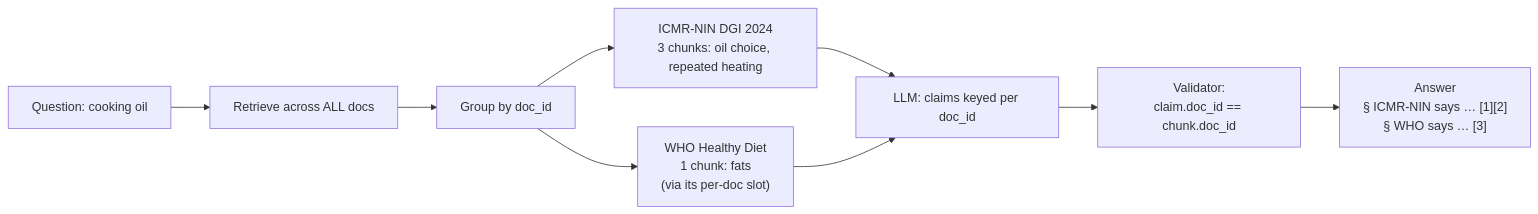
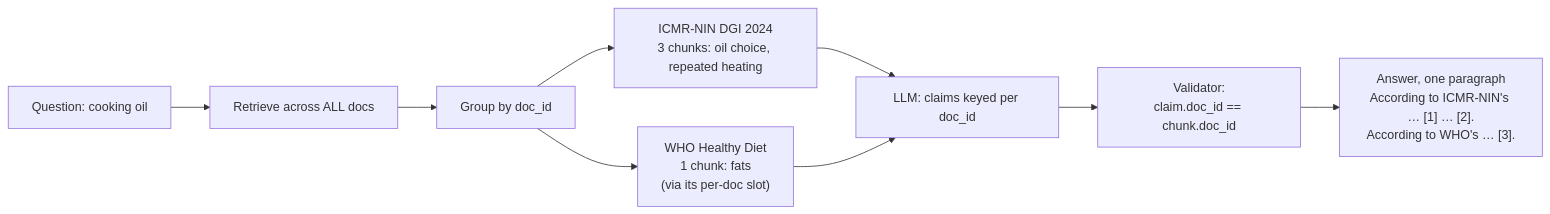
One commit to vaishali-iyengar/TruNutri-RAG-chatbot changed the ninth of 11 diagrams in ARCHITECTURE.md. Above: the diagram before and after it, drawn with Mermaid. The commit also changed other lines of this file and 1 other file, not shown here.

First line of the commit message:
Update architecture doc and plan to the built system

````diff
--- a/ARCHITECTURE.md
+++ b/ARCHITECTURE.md
@@ -506,11 +528,11 @@
 ```mermaid
 flowchart LR
     Q["Question: cooking oil"] --> RET["Retrieve across ALL docs"]
     RET --> G["Group by doc_id"]
     G --> D1["ICMR-NIN DGI 2024<br/>3 chunks: oil choice, repeated heating"]
     G --> D3["WHO Healthy Diet<br/>1 chunk: fats<br/>(via its per-doc slot)"]
     D1 --> LLM["LLM: claims keyed per doc_id"]
     D3 --> LLM
     LLM --> V["Validator:<br/>claim.doc_id == chunk.doc_id"]
-    V --> OUT["Answer<br/>§ ICMR-NIN says … [1][2]<br/>§ WHO says … [3]"]
+    V --> OUT["Answer, one paragraph<br/>According to ICMR-NIN's … [1] … [2].<br/>According to WHO's … [3]."]
 ```
````
